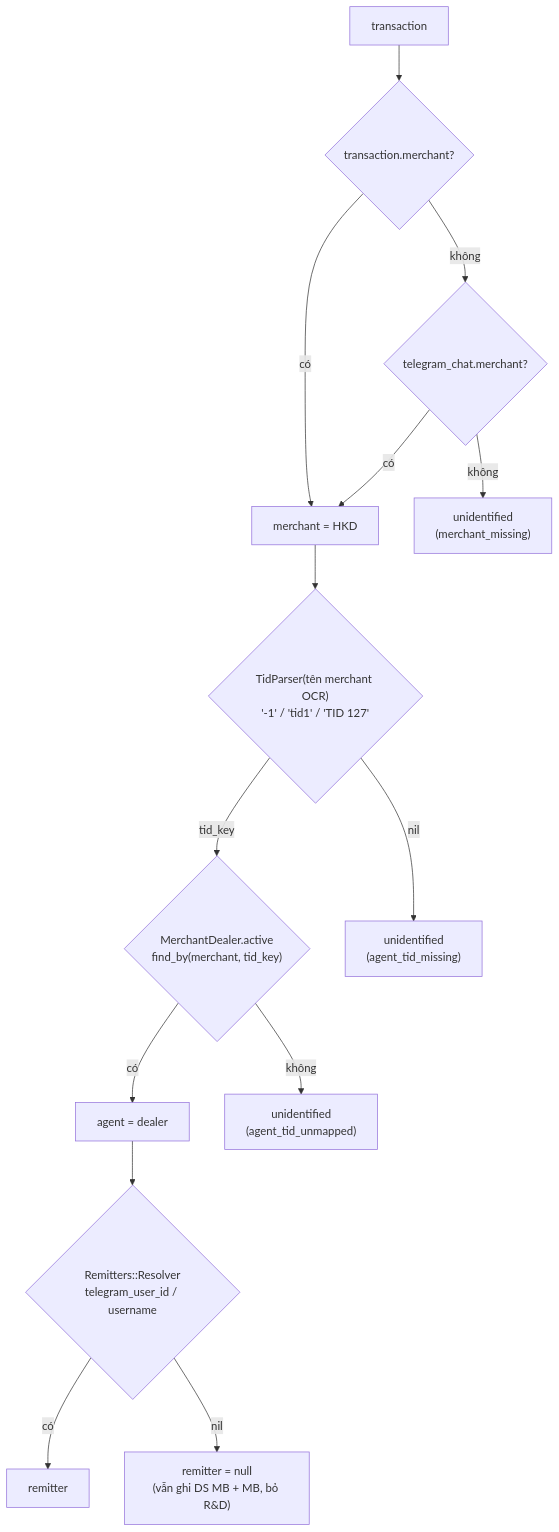
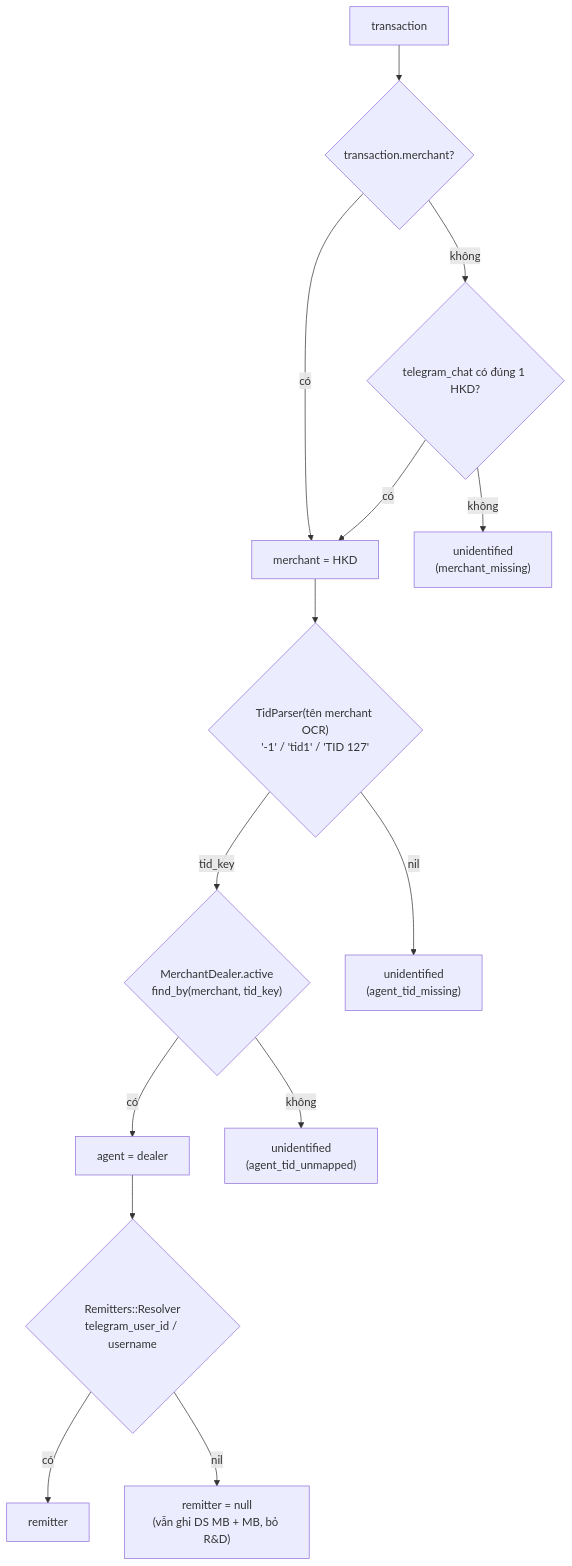
The second of 4 diagrams in docs/FLOW_HELLO_SMC_WORKBOOK.md (danglap68/hellosmc), drawn with Mermaid before and after one commit. The commit also changed other lines of this file and 56 other files, not shown here.

````diff
--- a/docs/FLOW_HELLO_SMC_WORKBOOK.md
+++ b/docs/FLOW_HELLO_SMC_WORKBOOK.md
@@ -56,16 +56,16 @@
 ```mermaid
 flowchart TD
     R0["transaction"] --> R1{"transaction.merchant?"}
     R1 -- "có" --> R2["merchant = HKD"]
-    R1 -- "không" --> R1a{"telegram_chat.merchant?"}
+    R1 -- "không" --> R1a{"telegram_chat có đúng 1 HKD?"}
     R1a -- "có" --> R2
     R1a -- "không" --> RF["unidentified<br/>(merchant_missing)"]
     R2 --> R3{"TidParser(tên merchant OCR)<br/>'-1' / 'tid1' / 'TID 127'"}
     R3 -- "tid_key" --> R4{"MerchantDealer.active<br/>find_by(merchant, tid_key)"}
     R3 -- "nil" --> RF2["unidentified<br/>(agent_tid_missing)"]
     R4 -- "có" --> R5["agent = dealer"]
     R4 -- "không" --> RF3["unidentified<br/>(agent_tid_unmapped)"]
     R5 --> R6{"Remitters::Resolver<br/>telegram_user_id / username"}
     R6 -- "có" --> R7["remitter"]
     R6 -- "nil" --> R8["remitter = null<br/>(vẫn ghi DS MB + MB, bỏ R&D)"]
 ```
````
